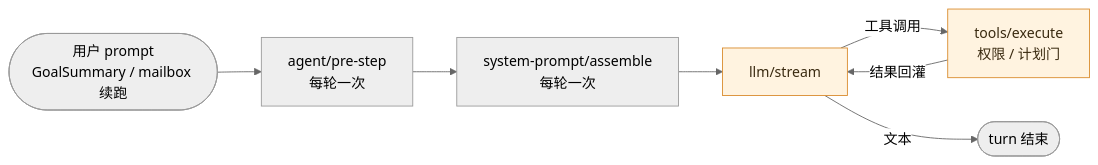
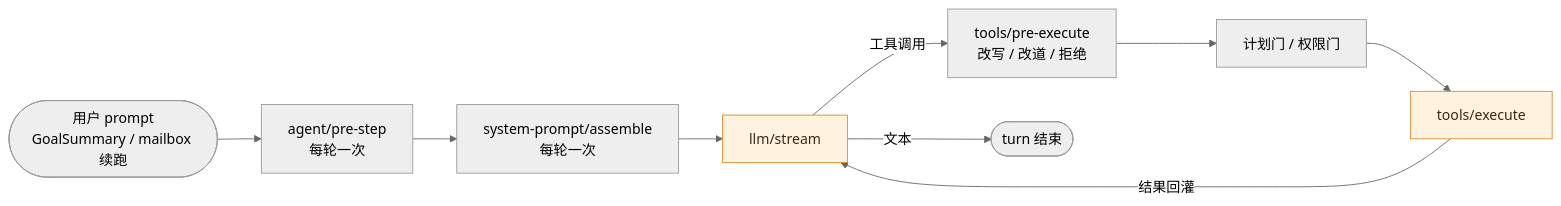
The second of 2 diagrams in README.md (P0lar1ght/dock), drawn with Mermaid (neutral theme) before and after one commit. The commit also changed other lines of this file, not shown here.

````diff
--- a/README.md
+++ b/README.md
@@ -148,13 +149,15 @@
 ```mermaid
 flowchart LR
   start(["用户 prompt<br/>GoalSummary / mailbox 续跑"])
   start --> pre["agent/pre-step<br/>每轮一次"]
   pre --> asm["system-prompt/assemble<br/>每轮一次"]
   asm --> stream["llm/stream"]
-  stream -->|"工具调用"| exec["tools/execute<br/>权限 / 计划门"]
+  stream -->|"工具调用"| gate["tools/pre-execute<br/>改写 / 改道 / 拒绝"]
+  gate --> perm["计划门 / 权限门"]
+  perm --> exec["tools/execute"]
   exec -->|"结果回灌"| stream
   stream -->|"文本"| done(["turn 结束"])
 
   classDef hub fill:#fff3e0,stroke:#d98a2b,color:#3a2a10;
   class stream,exec hub;
 ```
````
